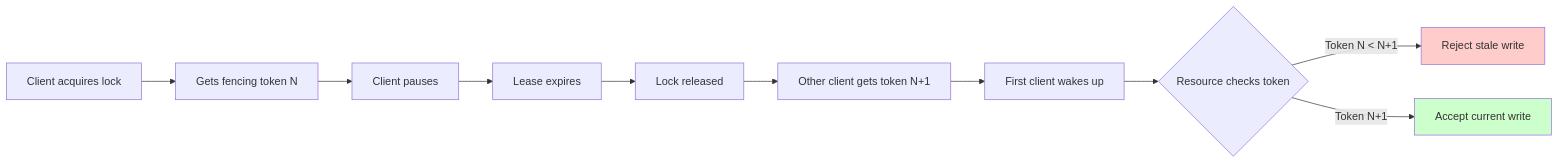
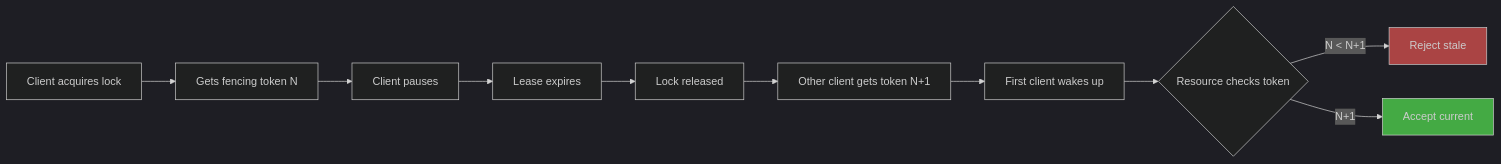
One commit to pixperk/lowkey changed the fourth of 4 diagrams in README.md. Above: the diagram before and after it, drawn with Mermaid. The commit also changed other lines of this file and 2 other files, not shown here.

````diff
--- a/README.md
+++ b/README.md
@@ -276,15 +236,16 @@
 ```mermaid
+%%{init: {'theme':'dark'}}%%
 flowchart LR
     A[Client acquires lock] --> B[Gets fencing token N]
     B --> C[Client pauses]
     C --> D[Lease expires]
     D --> E[Lock released]
     E --> F[Other client gets token N+1]
     F --> G[First client wakes up]
     G --> H{Resource checks token}
-    H -->|Token N < N+1| I[Reject stale write]
-    H -->|Token N+1| J[Accept current write]
+    H -->|N < N+1| I[Reject stale]
+    H -->|N+1| J[Accept current]
 
-    style I fill:#ffcccc
-    style J fill:#ccffcc
+    style I fill:#a44
+    style J fill:#4a4
 ```
````
